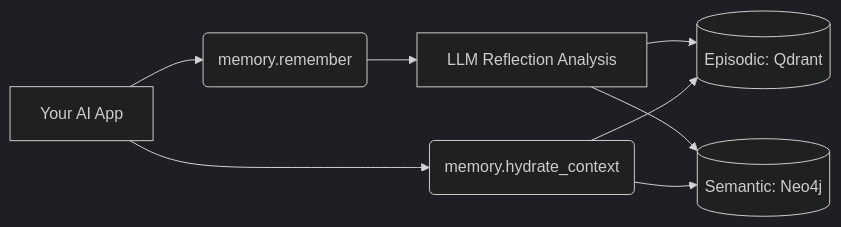
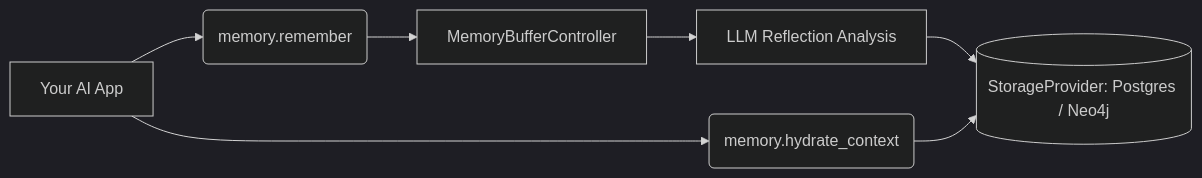
One commit to nuncio-labs/gist-lattice changed the diagram in README.md. Above: the diagram before and after it, drawn with Mermaid (dark theme). The commit also changed other lines of this file and 29 other files, not shown here.

````diff
--- a/README.md
+++ b/README.md
@@ -77,13 +80,12 @@
 ```mermaid
 graph LR
     App[Your AI App] --> Remember(memory.remember)
     App --> Hydrate(memory.hydrate_context)
     
-    Remember --> LLM[LLM Reflection Analysis]
+    Remember --> Buffer[MemoryBufferController]
+    Buffer --> LLM[LLM Reflection Analysis]
     
-    LLM --> Episodic[(Episodic: Qdrant)]
-    LLM --> Semantic[(Semantic: Neo4j)]
+    LLM --> Storage[(StorageProvider: Postgres / Neo4j)]
     
-    Hydrate --> Episodic
-    Hydrate --> Semantic
+    Hydrate --> Storage
 ```
````
